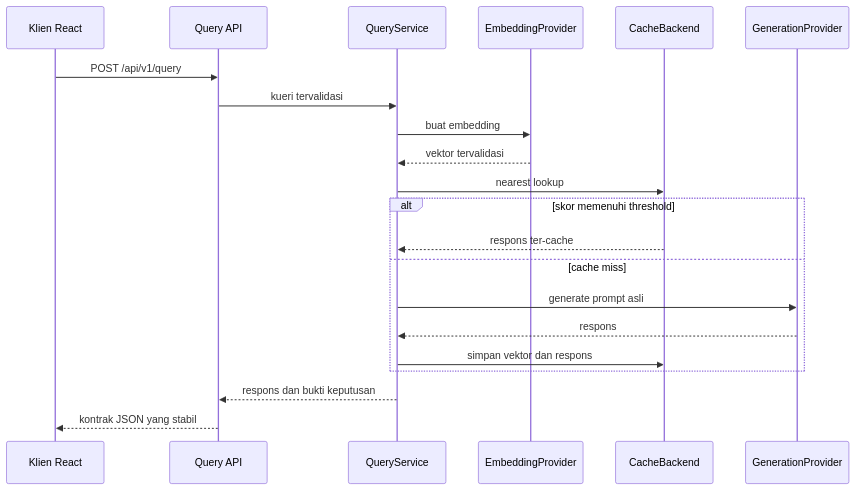
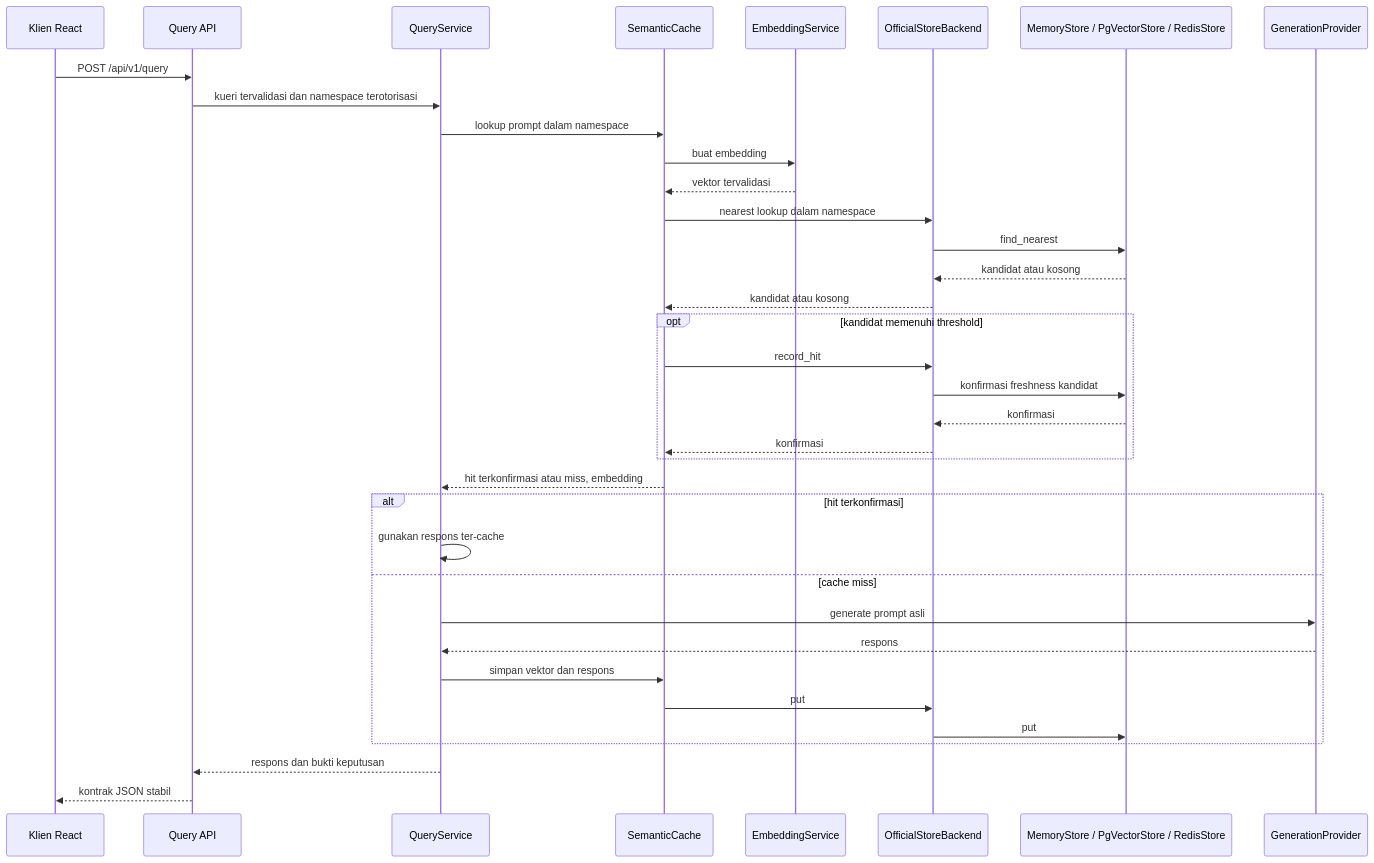
The diagram in docs/translation/id/reference/architecture.md (Yoruxyv/semantix), drawn with Mermaid before and after one commit. The commit also changed other lines of this file and 94 other files, not shown here.

````diff
--- a/docs/translation/id/reference/architecture.md
+++ b/docs/translation/id/reference/architecture.md
@@ -7,24 +13,39 @@
 ```mermaid
 sequenceDiagram
     participant UI as Klien React
     participant API as Query API
     participant Query as QueryService
-    participant Embed as EmbeddingProvider
-    participant Cache as CacheBackend
+    participant Cache as SemanticCache
+    participant Embed as EmbeddingService
+    participant Backend as OfficialStoreBackend
+    participant Store as MemoryStore / PgVectorStore / RedisStore
     participant Generate as GenerationProvider
 
     UI->>API: POST /api/v1/query
-    API->>Query: kueri tervalidasi
-    Query->>Embed: buat embedding
-    Embed-->>Query: vektor tervalidasi
-    Query->>Cache: nearest lookup
-    alt skor memenuhi threshold
-        Cache-->>Query: respons ter-cache
+    API->>Query: kueri tervalidasi dan namespace terotorisasi
+    Query->>Cache: lookup prompt dalam namespace
+    Cache->>Embed: buat embedding
+    Embed-->>Cache: vektor tervalidasi
+    Cache->>Backend: nearest lookup dalam namespace
+    Backend->>Store: find_nearest
+    Store-->>Backend: kandidat atau kosong
+    Backend-->>Cache: kandidat atau kosong
+    opt kandidat memenuhi threshold
+        Cache->>Backend: record_hit
+        Backend->>Store: konfirmasi freshness kandidat
+        Store-->>Backend: konfirmasi
+        Backend-->>Cache: konfirmasi
+    end
+    Cache-->>Query: hit terkonfirmasi atau miss, embedding
+    alt hit terkonfirmasi
+        Query->>Query: gunakan respons ter-cache
     else cache miss
         Query->>Generate: generate prompt asli
         Generate-->>Query: respons
         Query->>Cache: simpan vektor dan respons
+        Cache->>Backend: put
+        Backend->>Store: put
     end
     Query-->>API: respons dan bukti keputusan
-    API-->>UI: kontrak JSON yang stabil
+    API-->>UI: kontrak JSON stabil
 ```
````
